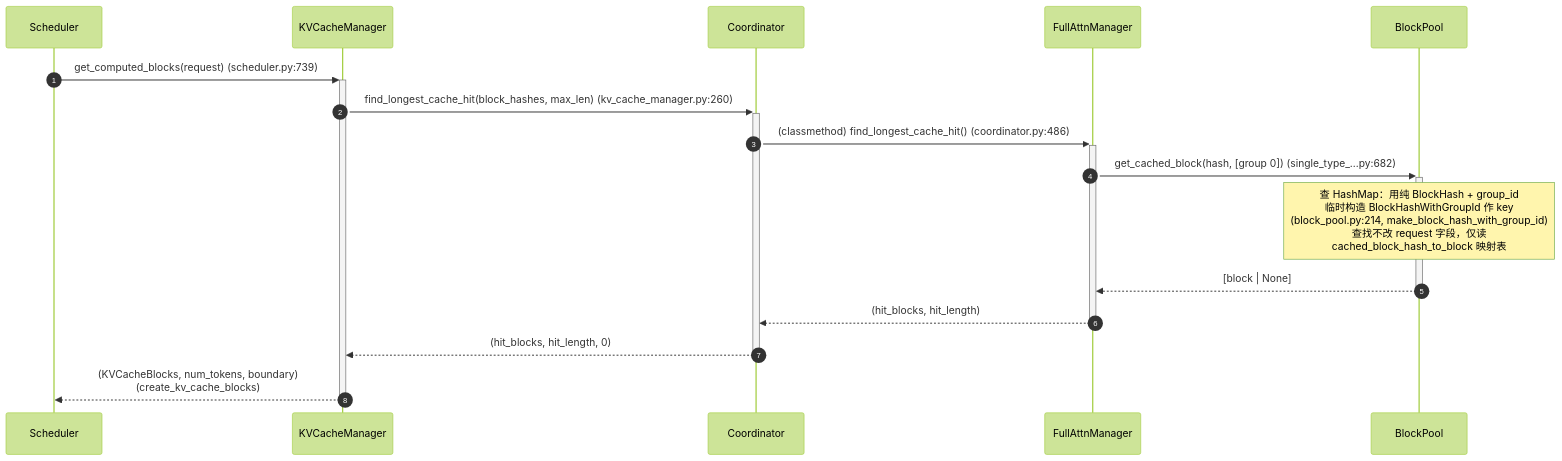
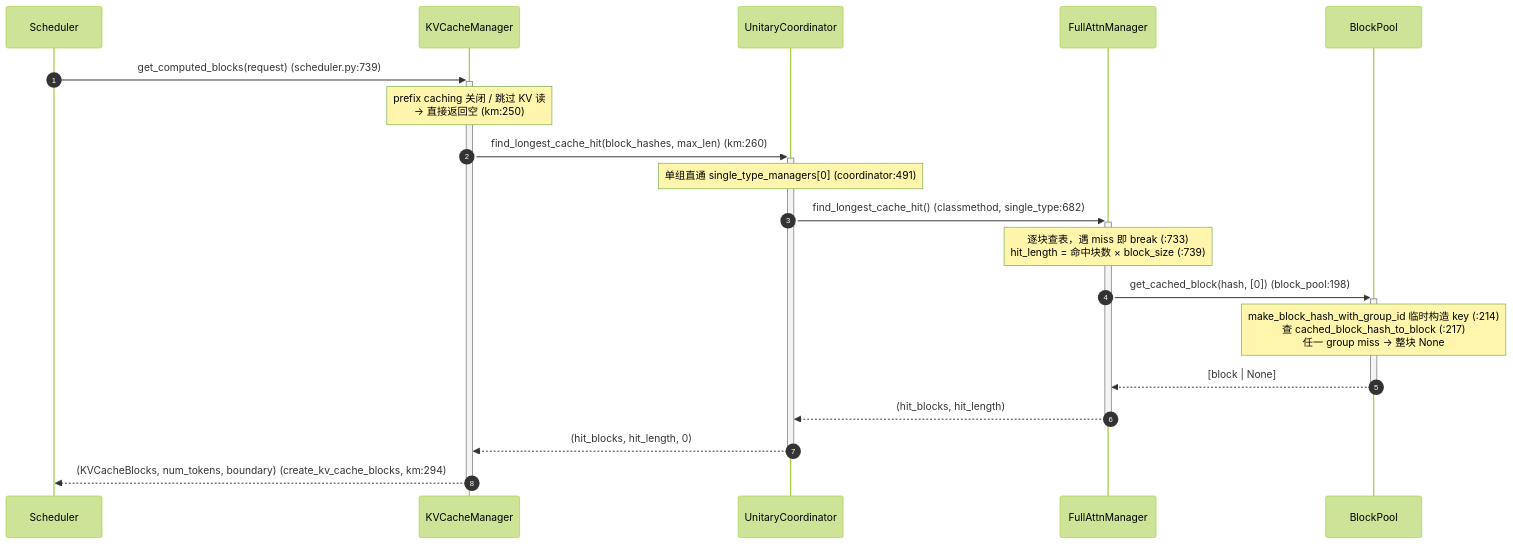
One commit to GoCHug/vllm changed the third of 9 diagrams in vllm/v1/core/kvcache_docs/0_end_to_end_sequence.md. Above: the diagram before and after it, drawn with Mermaid (forest theme). The commit also changed other lines of this file and 221 other files, not shown here.

````diff
--- a/vllm/v1/core/kvcache_docs/0_end_to_end_sequence.md
+++ b/vllm/v1/core/kvcache_docs/0_end_to_end_sequence.md
@@ -212,19 +193,22 @@
 ```mermaid
 sequenceDiagram
     autonumber
     participant S as Scheduler
     participant KM as KVCacheManager
-    participant CO as Coordinator
+    participant CO as UnitaryCoordinator
     participant FM as FullAttnManager
     participant BP as BlockPool
 
-    S->>+KM: get_computed_blocks(request)  (scheduler.py:739)
-    KM->>+CO: find_longest_cache_hit(block_hashes, max_len)  (kv_cache_manager.py:260)
-    CO->>+FM: (classmethod) find_longest_cache_hit()  (coordinator.py:486)
-    FM->>+BP: get_cached_block(hash, [group 0])  (single_type_...py:682)
-    Note over BP: 查 HashMap：用纯 BlockHash + group_id<br/>临时构造 BlockHashWithGroupId 作 key<br/>(block_pool.py:214, make_block_hash_with_group_id)<br/>查找不改 request 字段，仅读<br/>cached_block_hash_to_block 映射表
+    S->>+KM: get_computed_blocks(request)   (scheduler.py:739)
+    Note over KM: prefix caching 关闭 / 跳过 KV 读<br/>→ 直接返回空 (km:250)
+    KM->>+CO: find_longest_cache_hit(block_hashes, max_len)   (km:260)
+    Note over CO: 单组直通 single_type_managers[0] (coordinator:491)
+    CO->>+FM: find_longest_cache_hit()   (classmethod, single_type:682)
+    Note over FM: 逐块查表，遇 miss 即 break (:733)<br/>hit_length = 命中块数 × block_size (:739)
+    FM->>+BP: get_cached_block(hash, [0])   (block_pool:198)
+    Note over BP: make_block_hash_with_group_id 临时构造 key (:214)<br/>查 cached_block_hash_to_block (:217)<br/>任一 group miss → 整块 None
     BP-->>-FM: [block | None]
     FM-->>-CO: (hit_blocks, hit_length)
     CO-->>-KM: (hit_blocks, hit_length, 0)
-    KM-->>-S: (KVCacheBlocks, num_tokens, boundary)<br/>(create_kv_cache_blocks)
+    KM-->>-S: (KVCacheBlocks, num_tokens, boundary)   (create_kv_cache_blocks, km:294)
 ```
````
